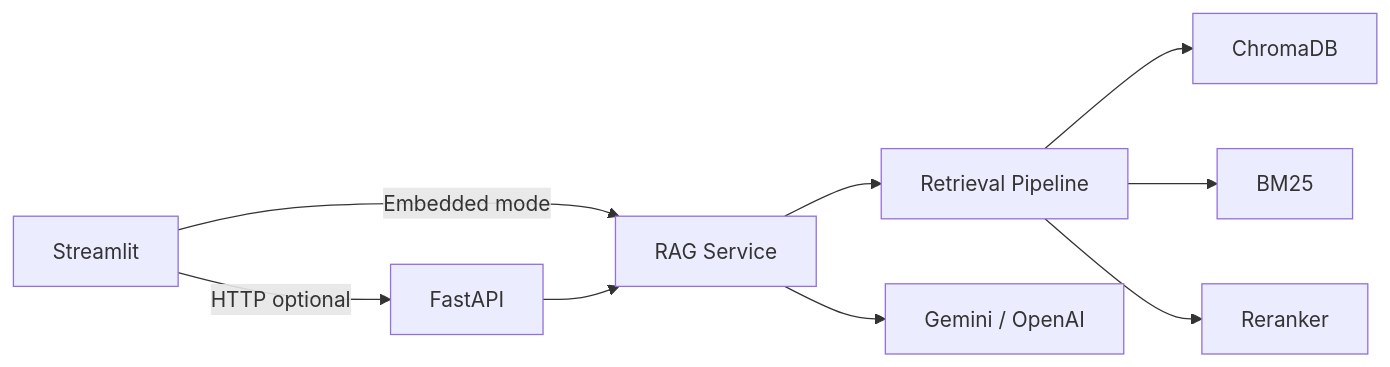
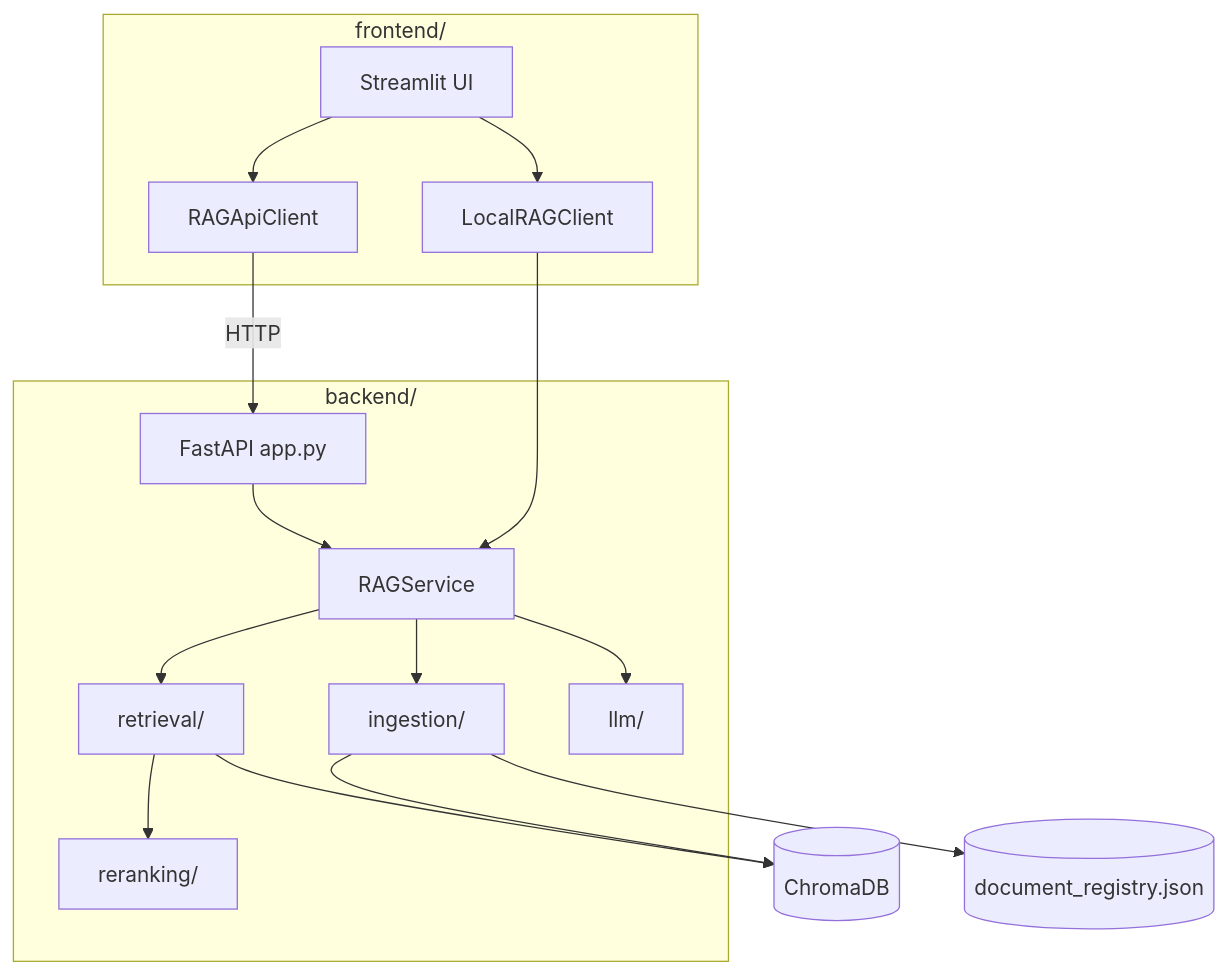
One commit to Ananthu-Vinod/Multi-Document-AI-Research-Assistant changed the diagram in README.md. Above: the diagram before and after it, drawn with Mermaid. The commit also changed other lines of this file, not shown here.

First line of the commit message:
Revise README for Multi-Document AI Research Assistant

````diff
--- a/README.md
+++ b/README.md
@@ -52,11 +45,33 @@
 ```mermaid
-flowchart LR
-    UI[Streamlit] -->|HTTP optional| API[FastAPI]
-    UI -->|Embedded mode| SVC[RAG Service]
-    API --> SVC
-    SVC --> RET[Retrieval Pipeline]
-    RET --> VEC[ChromaDB]
-    RET --> BM25[BM25]
-    RET --> RR[Reranker]
-    SVC --> LLM[Gemini / OpenAI]
+flowchart TB
+    subgraph ui [frontend/]
+        ST[Streamlit UI]
+        API_CLIENT[RAGApiClient]
+        LOCAL[LocalRAGClient]
+    end
+
+    subgraph api [backend/]
+        FAST[FastAPI app.py]
+        SVC[RAGService]
+        ING[ingestion/]
+        RET[retrieval/]
+        RR[reranking/]
+        LLM[llm/]
+    end
+
+    CHROMA[(ChromaDB)]
+    REG[(document_registry.json)]
+
+    ST --> API_CLIENT
+    ST --> LOCAL
+    API_CLIENT -->|HTTP| FAST
+    LOCAL --> SVC
+    FAST --> SVC
+    SVC --> ING
+    SVC --> RET
+    SVC --> LLM
+    ING --> CHROMA
+    ING --> REG
+    RET --> CHROMA
+    RET --> RR
 ```
````
